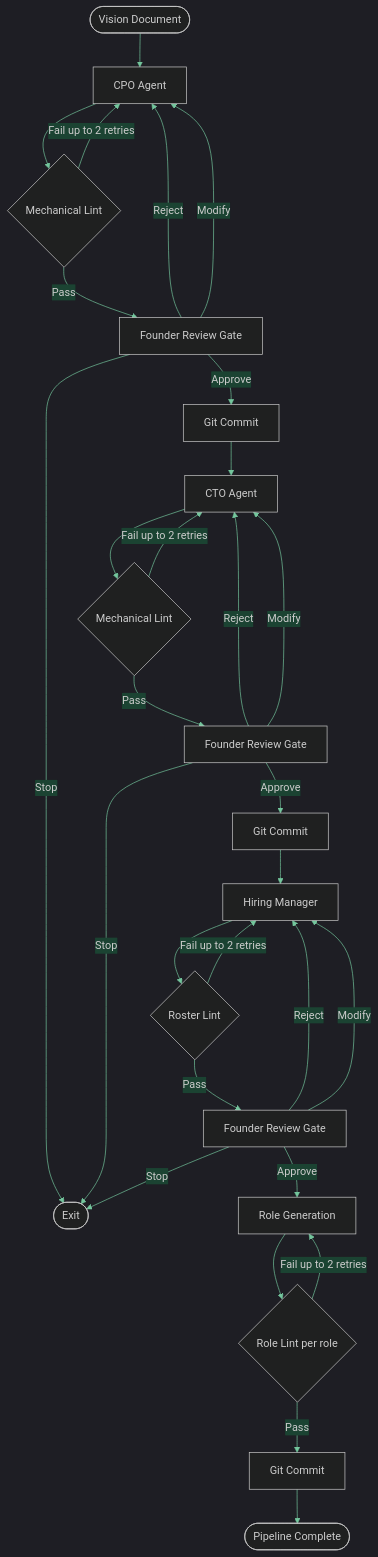
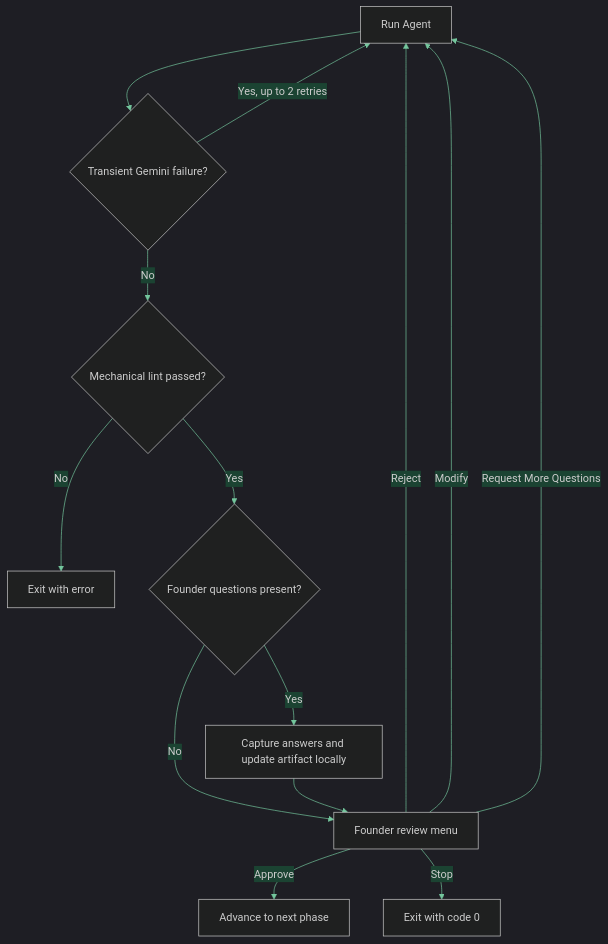
Before and after one commit to Shapedsundew9/asw: the second of 2 diagrams in docs/user/reference/concepts.md, drawn with Mermaid. The commit also changed other lines of this file and 6 other files, not shown here.

Commit message:
Refactor documentation for `asw` CLI and concepts; enhance clarity on commands, flags, and pipeline phases. Add detailed explanations for runs, state management, and recovery processes. Update tutorial for improved guidance on project setup and artifact evaluation.

````diff
--- a/docs/user/reference/concepts.md
+++ b/docs/user/reference/concepts.md
@@ -9,32 +48,17 @@
 ```mermaid
 %%{init: {'theme': 'dark', 'themeVariables': {'primaryColor': '#2d6a4f', 'primaryTextColor': '#d8f3dc', 'primaryBorderColor': '#52b788', 'lineColor': '#74c69d', 'secondaryColor': '#1b4332', 'tertiaryColor': '#40916c', 'edgeLabelBackground': '#1b4332'}}}%%
-graph TD
-    A([Vision Document]) --> B[CPO Agent]
-    B --> C{Mechanical Lint}
-    C -- Fail up to 2 retries --> B
-    C -- Pass --> D[Founder Review Gate]
-    D -- Approve --> E[Git Commit]
-    D -- Reject --> B
-    D -- Modify --> B
-    D -- Stop --> Z([Exit])
-    E --> F[CTO Agent]
-    F --> G{Mechanical Lint}
-    G -- Fail up to 2 retries --> F
-    G -- Pass --> H[Founder Review Gate]
-    H -- Approve --> I[Git Commit]
-    H -- Reject --> F
-    H -- Modify --> F
-    H -- Stop --> Z
-    I --> K[Hiring Manager]
-    K --> L{Roster Lint}
-    L -- Fail up to 2 retries --> K
-    L -- Pass --> M[Founder Review Gate]
-    M -- Approve --> N[Role Generation]
-    M -- Reject --> K
-    M -- Modify --> K
-    M -- Stop --> Z
-    N --> O{Role Lint per role}
-    O -- Fail up to 2 retries --> N
-    O -- Pass --> P[Git Commit]
-    P --> J([Pipeline Complete])
+flowchart TD
+    A[Run Agent] --> B{Transient Gemini failure?}
+    B -- Yes, up to 2 retries --> A
+    B -- No --> C{Mechanical lint passed?}
+    C -- No --> D[Exit with error]
+    C -- Yes --> E{Founder questions present?}
+    E -- Yes --> F[Capture answers and update artifact locally]
+    E -- No --> G[Founder review menu]
+    F --> G
+    G -- Approve --> H[Advance to next phase]
+    G -- Reject --> A
+    G -- Modify --> A
+    G -- Request More Questions --> A
+    G -- Stop --> I[Exit with code 0]
 ```
````
